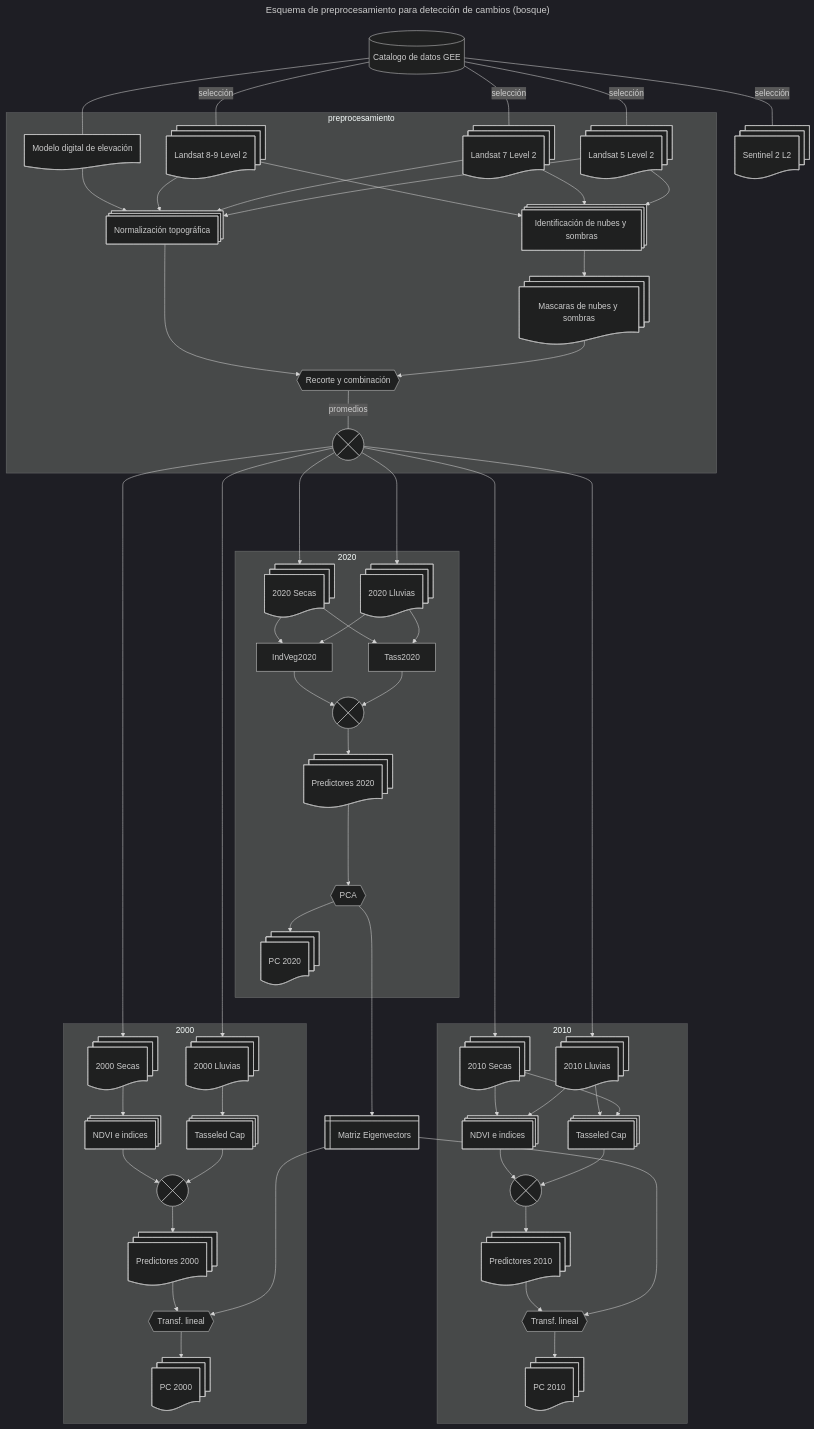
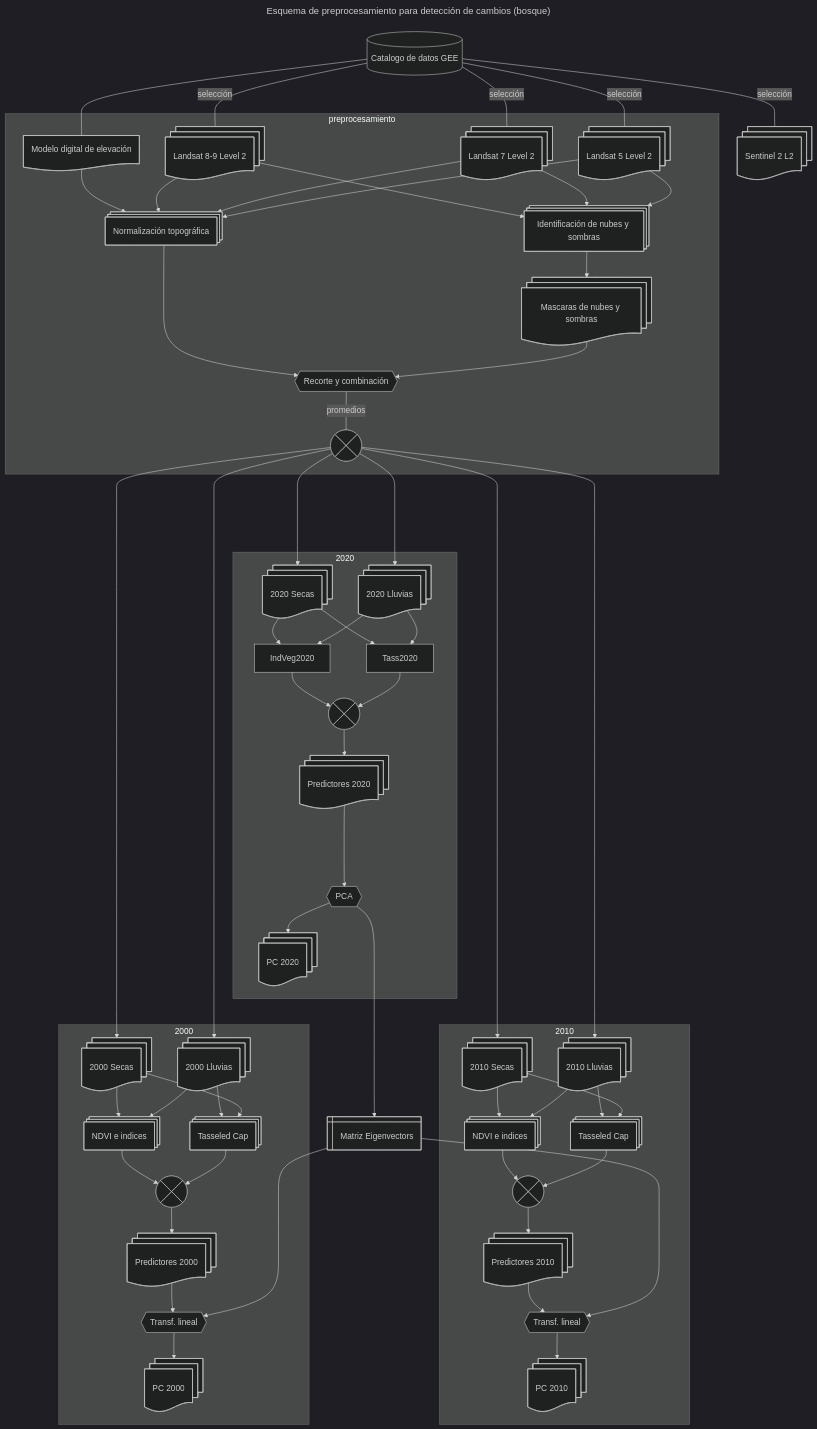
The diagram in ANPs/Esquema_preprocesamiento.mermaid (vshalisko/GEE), drawn with Mermaid (dark theme) before and after one commit.

```diff
--- a/ANPs/Esquema_preprocesamiento.mermaid
+++ b/ANPs/Esquema_preprocesamiento.mermaid
@@ -1,116 +1,118 @@
 ---
 title: Esquema de preprocesamiento para detección de cambios (bosque)
 ---
 flowchart TD
     gee1[(Catalogo de datos GEE)]
     Landsat8@{ shape: docs, label: Landsat 8-9 Level 2}
     Landsat7@{ shape: docs, label: Landsat 7 Level 2}
     Landsat5@{ shape: docs, label: Landsat 5 Level 2}
     Sentinel2@{ shape: docs, label: Sentinel 2 L2}
     MDE@{ shape: doc, label: Modelo digital de elevación}
     
     INS@{ shape: procs, label: "Identificación de nubes y sombras"}
     MNS@{ shape: docs, label: "Mascaras de nubes y sombras"}
     NT@{ shape: procs, label: "Normalización topográfica"}
     Combinacion1@{ shape: hex, label: "Recorte y combinación" }
     Combinacion2@{ shape: cross-circ, label: "Promedios de bandas" }
 
     BSecas2000@{ shape: docs, label: 2000 Secas}
     BLluvias2000@{ shape: docs, label: 2000 Lluvias}
     BSecas2010@{ shape: docs, label: 2010 Secas}
     BLluvias2010@{ shape: docs, label: 2010 Lluvias}
     BSecas2020@{ shape: docs, label: 2020 Secas}
     BLluvias2020@{ shape: docs, label: 2020 Lluvias}
 
     IndVeg2000@{ shape: procs, label: "NDVI e indices"}
     IndVeg2010@{ shape: procs, label: "NDVI e indices"}
     IndVeg2010@{ shape: procs, label: "NDVI e indices"}
     Tass2000@{ shape: procs, label: "Tasseled Cap"}
     Tass2010@{ shape: procs, label: "Tasseled Cap"}
     Tass2010@{ shape: procs, label: "Tasseled Cap"}
 
     Comb2000@{ shape: cross-circ, label: "Combinación" }
     Comb2010@{ shape: cross-circ, label: "Combinación" }
     Comb2020@{ shape: cross-circ, label: "Combinación" }
 
     Capas2000@{ shape: docs, label: Predictores 2000}
     Capas2010@{ shape: docs, label: Predictores 2010}
     Capas2020@{ shape: docs, label: Predictores 2020}
 
     PCA2020@{ shape: hex, label: "PCA"}
     TL2000@{ shape: hex, label: "Transf. lineal"}
     TL2010@{ shape: hex, label: "Transf. lineal"}
 
     CapasPCA2000@{ shape: docs, label: PC 2000}
     CapasPCA2010@{ shape: docs, label: PC 2010}
     CapasPCA2020@{ shape: docs, label: PC 2020}
 
     Eigenvectors@{ shape: win-pane, label: "Matriz Eigenvectors" }
 
     gee1---|selección|Landsat8
     gee1---|selección|Landsat7
     gee1---|selección|Landsat5
     gee1---|selección|Sentinel2
     gee1---MDE
 
     subgraph preprocesamiento
         Landsat8-->INS
         Landsat7-->INS
         Landsat5-->INS
 
         MDE-->NT
         Landsat8-->NT
         Landsat7-->NT
         Landsat5-->NT
 
         INS-->MNS
         NT-->Combinacion1
         MNS-->Combinacion1
         Combinacion1---|promedios|Combinacion2
         
     end
 
     Combinacion2---->BSecas2000
     Combinacion2---->BLluvias2000
     Combinacion2---->BSecas2010
     Combinacion2---->BLluvias2010
     Combinacion2---->BSecas2020
     Combinacion2---->BLluvias2020
 
     subgraph 2000
         BSecas2000-->IndVeg2000
         BLluvias2000-->Tass2000
+        BLluvias2000-->IndVeg2000
+        BSecas2000-->Tass2000
         IndVeg2000-->Comb2000
         Tass2000-->Comb2000
         Comb2000-->Capas2000
         Capas2000-->TL2000
         TL2000-->CapasPCA2000
     end
 
     subgraph 2010
         BSecas2010-->IndVeg2010
         BLluvias2010-->Tass2010
         BLluvias2010-->IndVeg2010
         BSecas2010-->Tass2010
         IndVeg2010-->Comb2010
         Tass2010-->Comb2010
         Comb2010-->Capas2010
         Capas2010-->TL2010
         TL2010-->CapasPCA2010
     end
 
     subgraph 2020
         BSecas2020-->IndVeg2020
         BSecas2020-->Tass2020
         BLluvias2020-->IndVeg2020
         BLluvias2020-->Tass2020
         IndVeg2020-->Comb2020
         Tass2020-->Comb2020
         Comb2020-->Capas2020
         Capas2020---->PCA2020
         PCA2020-->CapasPCA2020
     end
 
     PCA2020---->Eigenvectors
     Eigenvectors---->TL2000
     Eigenvectors---->TL2010
```
